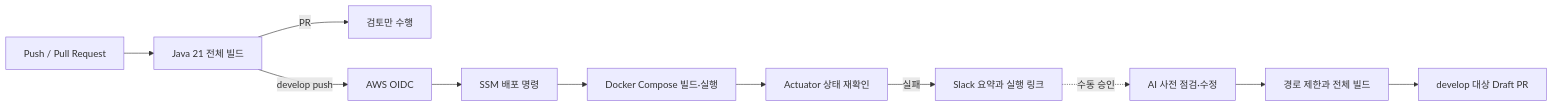
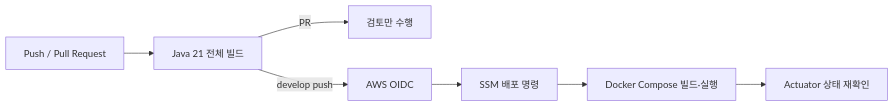
One commit to jong9s/renewmate-backend changed the sixth of 6 diagrams in README.md. Above: the diagram before and after it, drawn with Mermaid. The commit also changed other lines of this file and 44 other files, not shown here.

````diff
--- a/README.md
+++ b/README.md
@@ -232,13 +217,9 @@
 ```mermaid
 flowchart LR
     P[Push / Pull Request] --> T[Java 21 전체 빌드]
     T -->|PR| R[검토만 수행]
     T -->|develop push| O[AWS OIDC]
     O --> S[SSM 배포 명령]
     S --> D[Docker Compose 빌드·실행]
     D --> H[Actuator 상태 재확인]
-    H -->|실패| SL[Slack 요약과 실행 링크]
-    SL -. 수동 승인 .-> AI[AI 사전 점검·수정]
-    AI --> V[경로 제한과 전체 빌드]
-    V --> PR[develop 대상 Draft PR]
 ```
````
